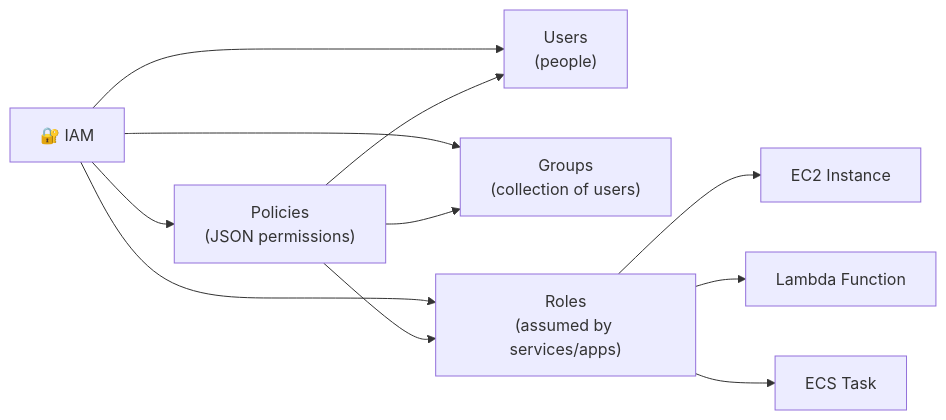
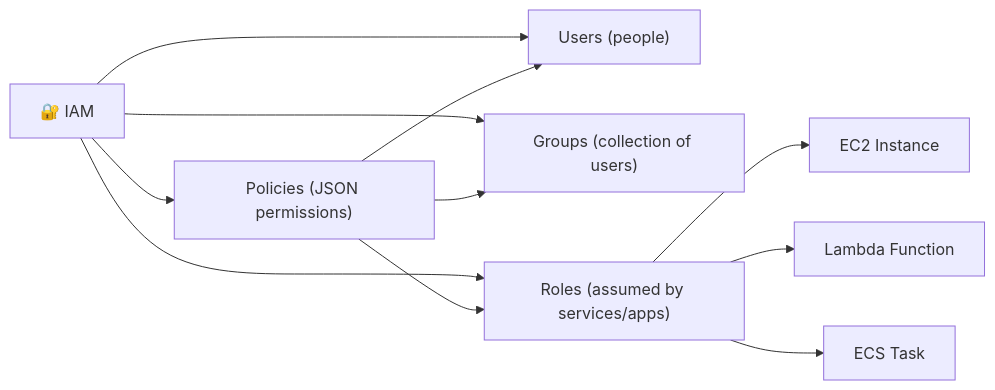
Before and after one commit to naveenkumar1661997/notes: the second of 3 diagrams in aws.md, drawn with Mermaid. The commit also changed other lines of this file and 12 other files, not shown here.

```diff
--- a/aws.md
+++ b/aws.md
@@ -207,15 +80,15 @@
 <pre class="mermaid">
 flowchart LR
-    IAM["🔐 IAM"] --> USER["Users\n(people)"]
-    IAM --> GROUP["Groups\n(collection of users)"]
-    IAM --> ROLE["Roles\n(assumed by services/apps)"]
-    IAM --> POL["Policies\n(JSON permissions)"]
+    IAM["🔐 IAM"] --> USER["Users (people)"]
+    IAM --> GROUP["Groups (collection of users)"]
+    IAM --> ROLE["Roles (assumed by services/apps)"]
+    IAM --> POL["Policies (JSON permissions)"]
 
     POL --> USER
     POL --> GROUP
     POL --> ROLE
 
     ROLE --> EC22["EC2 Instance"]
     ROLE --> LAM["Lambda Function"]
     ROLE --> ECS2["ECS Task"]
 </pre>
```
